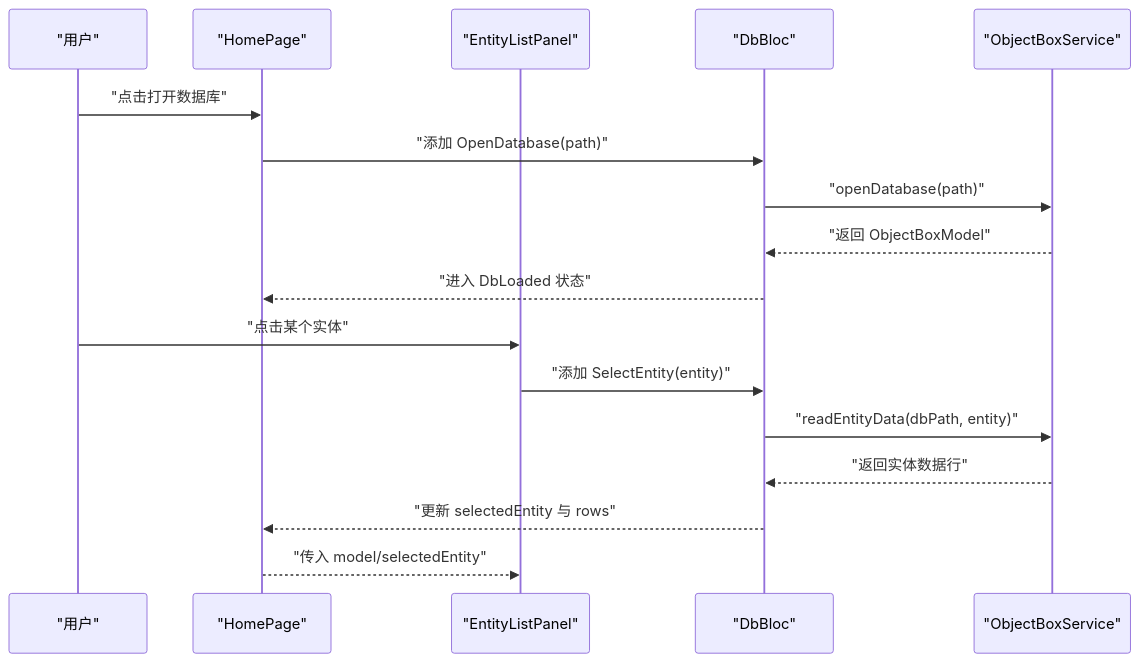
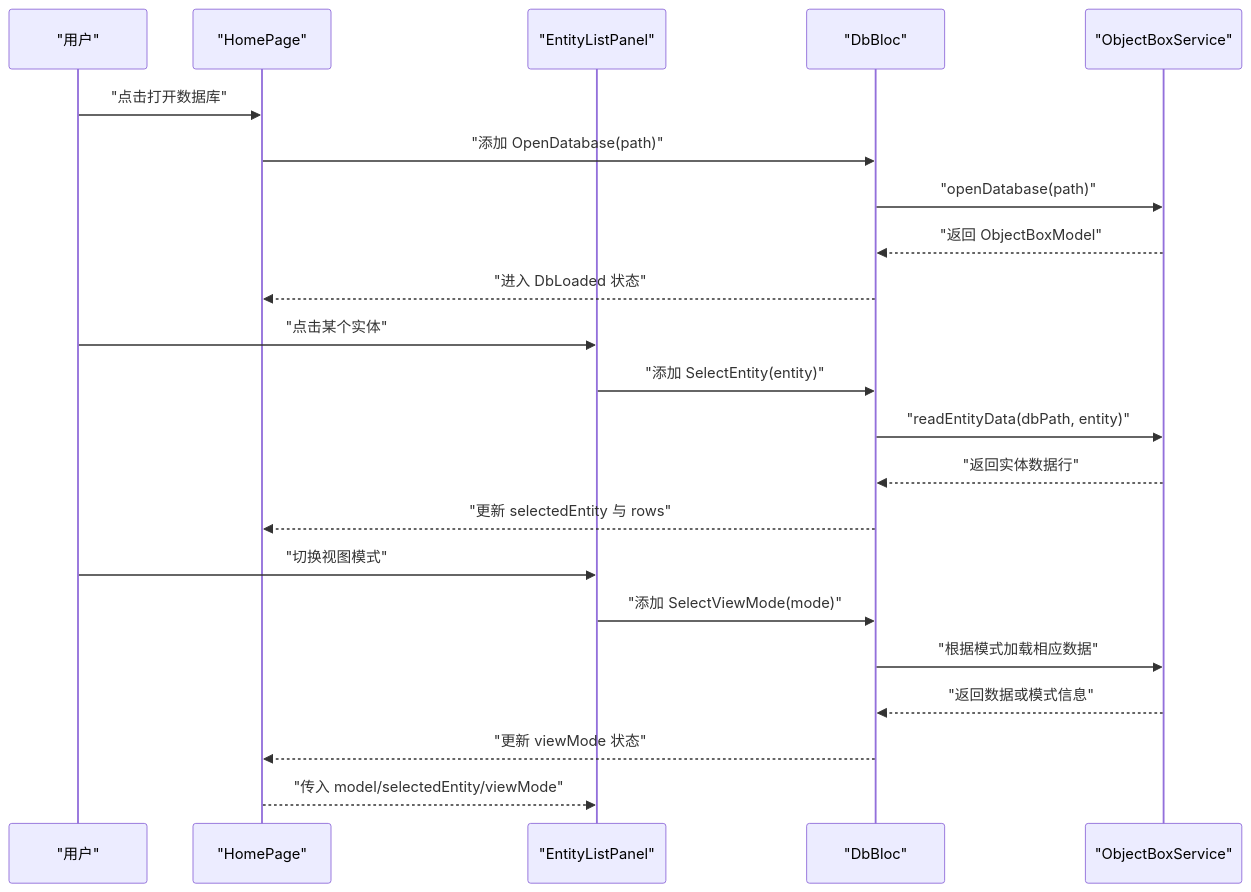
One commit to kongpf8848/objectbox_viewer changed the second of 8 diagrams in .qoder/repowiki/zh/content/UI 组件/实体列表面板.md. Above: the diagram before and after it, drawn with Mermaid. The commit also changed other lines of this file and 9 other files, not shown here.

````diff
--- a/.qoder/repowiki/zh/content/UI 组件/实体列表面板.md
+++ b/.qoder/repowiki/zh/content/UI 组件/实体列表面板.md
@@ -100,19 +116,24 @@
 ```mermaid
 sequenceDiagram
 participant U as "用户"
 participant HP as "HomePage"
 participant ELP as "EntityListPanel"
 participant DB as "DbBloc"
 participant SVC as "ObjectBoxService"
 U->>HP : "点击打开数据库"
 HP->>DB : "添加 OpenDatabase(path)"
 DB->>SVC : "openDatabase(path)"
 SVC-->>DB : "返回 ObjectBoxModel"
 DB-->>HP : "进入 DbLoaded 状态"
 U->>ELP : "点击某个实体"
 ELP->>DB : "添加 SelectEntity(entity)"
 DB->>SVC : "readEntityData(dbPath, entity)"
 SVC-->>DB : "返回实体数据行"
 DB-->>HP : "更新 selectedEntity 与 rows"
-HP-->>ELP : "传入 model/selectedEntity"
+U->>ELP : "切换视图模式"
+ELP->>DB : "添加 SelectViewMode(mode)"
+DB->>SVC : "根据模式加载相应数据"
+SVC-->>DB : "返回数据或模式信息"
+DB-->>HP : "更新 viewMode 状态"
+HP-->>ELP : "传入 model/selectedEntity/viewMode"
 ```
````
